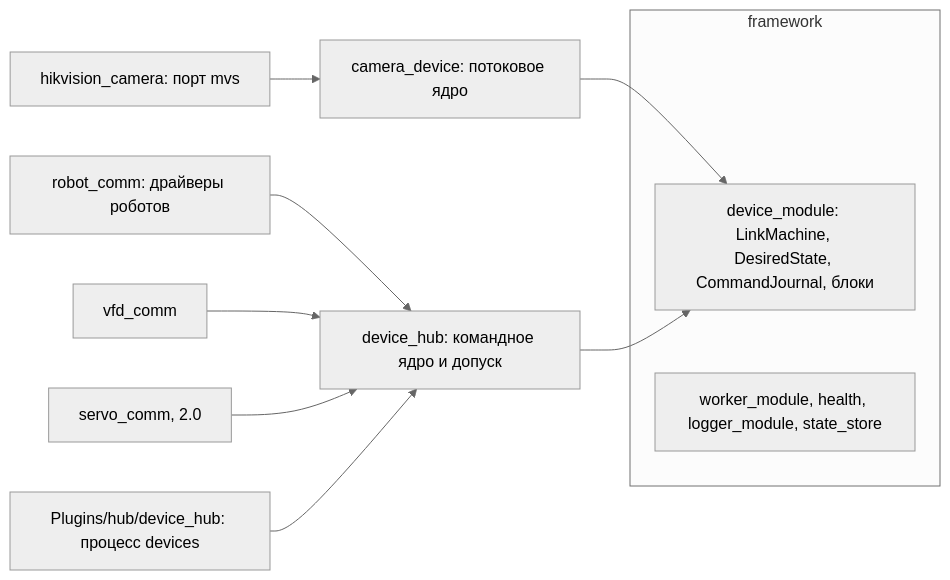
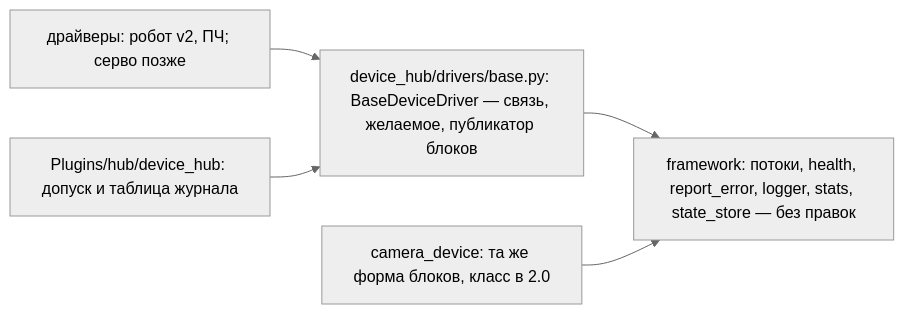
The second of 3 diagrams in docs/reports/2026-11-26_robot-device-architecture.md (TWOKRAI/Inspector_bottles), drawn with Mermaid (neutral theme) before and after one commit. The commit also changed other lines of this file and 5 other files, not shown here.

````diff
--- a/docs/reports/2026-11-26_robot-device-architecture.md
+++ b/docs/reports/2026-11-26_robot-device-architecture.md
@@ -130,14 +148,12 @@
 ```mermaid
 flowchart LR
-  subgraph FW[framework]
-    DM["device_module: LinkMachine, DesiredState, CommandJournal, блоки"]
-    BASE["worker_module, health, logger_module, state_store"]
-  end
-  CAM["camera_device: потоковое ядро"] --> DM
-  HUB["device_hub: командное ядро и допуск"] --> DM
-  RB["robot_comm: драйверы роботов"] --> HUB
-  VF["vfd_comm"] --> HUB
-  SV["servo_comm, 2.0"] --> HUB
-  HK["hikvision_camera: порт mvs"] --> CAM
-  PL["Plugins/hub/device_hub: процесс devices"] --> HUB
+  FW["framework: потоки, health, report_error, logger, stats, state_store — без правок"]
+  BASE["device_hub/drivers/base.py: BaseDeviceDriver — связь, желаемое, публикатор блоков"]
+  ADM["Plugins/hub/device_hub: допуск и таблица журнала"]
+  DRV["драйверы: робот v2, ПЧ; серво позже"]
+  CAM["camera_device: та же форма блоков, класс в 2.0"]
+  BASE --> FW
+  DRV --> BASE
+  ADM --> BASE
+  CAM --> FW
 ```
````
